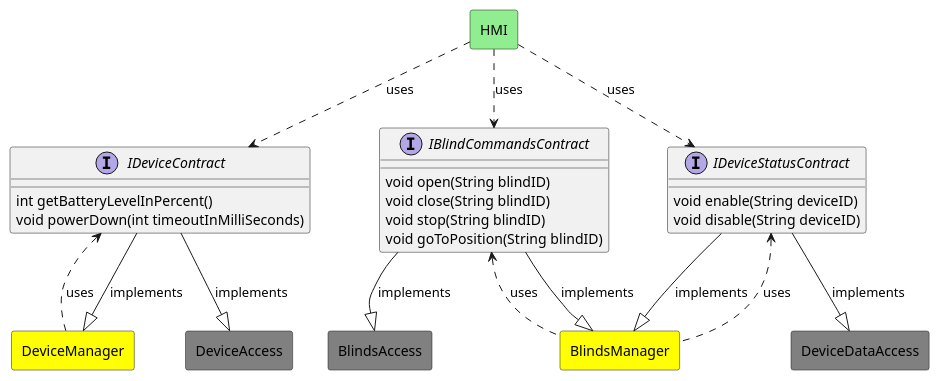
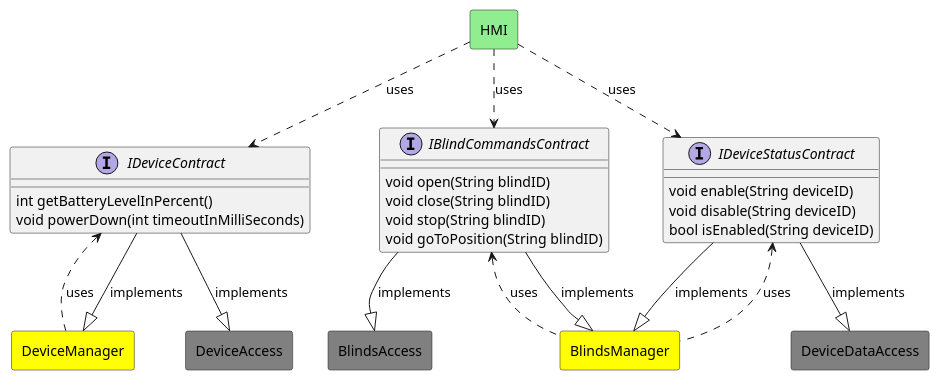
One commit to k-phi/M5Core2BlindsController changed the diagram in documentation/diagrams/contracts-to-component-mapping.puml. Above: the diagram before and after it, drawn with PlantUML. The commit also changed 3 other files, not shown here.

Commit message:
Add component dependency chart

```diff
--- a/documentation/diagrams/contracts-to-component-mapping.puml
+++ b/documentation/diagrams/contracts-to-component-mapping.puml
@@ -1,43 +1,44 @@
 @startuml Contracts to Component Mapping
 
 skinparam ComponentStyle rectangle
 allow_mixing
 
 interface IDeviceStatusContract {
     void enable(String deviceID)
     void disable(String deviceID)
+    bool isEnabled(String deviceID)
 }
 
 interface IBlindCommandsContract {
     void open(String blindID)
     void close(String blindID)
     void stop(String blindID)
     void goToPosition(String blindID)
 }
 
 interface IDeviceContract {
     int getBatteryLevelInPercent()
     void powerDown(int timeoutInMilliSeconds)
 }
 
 component HMI #LightGreen
 component BlindsManager #Yellow
 component DeviceManager #Yellow
 component DeviceDataAccess #Grey
 component DeviceAccess #Grey
 component BlindsAccess #Grey
 
 HMI ..> IDeviceStatusContract: uses
 HMI ..> IBlindCommandsContract: uses
 HMI ..> IDeviceContract: uses
 BlindsManager <|-u- IDeviceStatusContract: implements
 BlindsManager .u.> IDeviceStatusContract: uses
 BlindsManager <|-u- IBlindCommandsContract: implements
 BlindsManager .u.> IBlindCommandsContract: uses
 DeviceManager <|-u- IDeviceContract: implements
 DeviceManager .u.> IDeviceContract: uses
 DeviceDataAccess <|-u- IDeviceStatusContract: implements
 DeviceAccess <|-u- IDeviceContract: implements
 BlindsAccess <|-u- IBlindCommandsContract: implements
 
 @enduml
```
